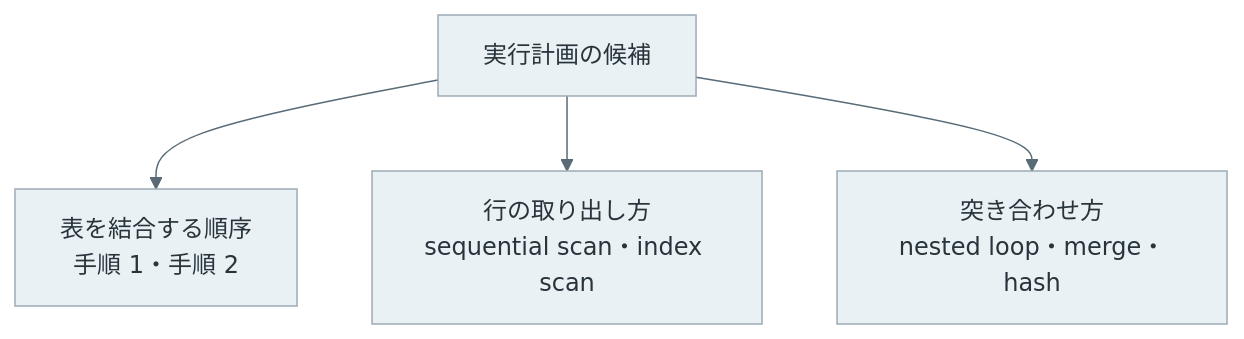
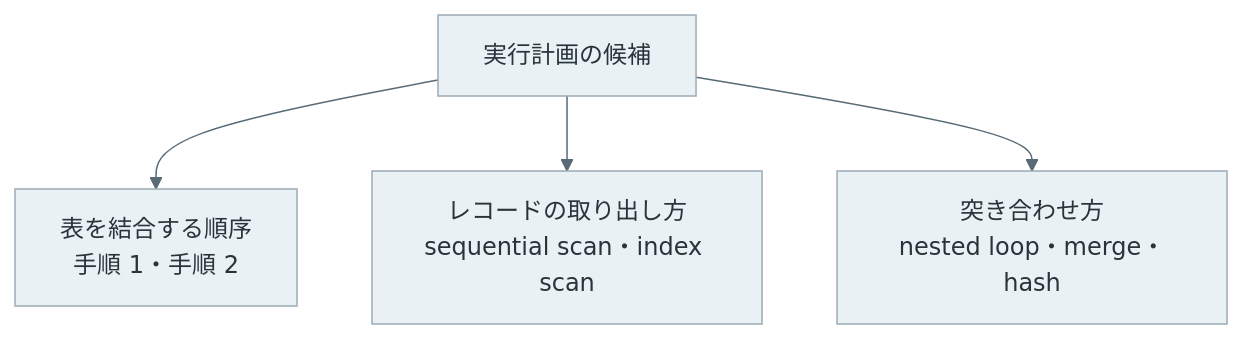
One commit to nao1215/debimate changed the third of 6 diagrams in content/notes/database-systems/query-processing/index.md. Above: the diagram before and after it, drawn with Mermaid. The commit also changed other lines of this file and 125 other files, not shown here.

````diff
--- a/content/notes/database-systems/query-processing/index.md
+++ b/content/notes/database-systems/query-processing/index.md
@@ -155,8 +163,8 @@
 ```mermaid
 %%{init: {"theme":"base","themeVariables":{"primaryColor":"#eaf1f5","primaryTextColor":"#28343b","primaryBorderColor":"#9cabb5","lineColor":"#596b76","textColor":"#28343b","actorBkg":"#eaf1f5","actorBorder":"#9cabb5","actorTextColor":"#28343b","actorLineColor":"#9cabb5","signalColor":"#596b76","signalTextColor":"#28343b","noteBkgColor":"#f7f1e5","noteBorderColor":"#c5b99b","noteTextColor":"#403c32","activationBkgColor":"#edf3ef","activationBorderColor":"#9aafa1"}}}%%
 flowchart TB
     C["実行計画の候補"] --> J["表を結合する順序<br/>手順 1・手順 2"]
-    C --> A["行の取り出し方<br/>sequential scan・index scan"]
+    C --> A["レコードの取り出し方<br/>sequential scan・index scan"]
     C --> M["突き合わせ方<br/>nested loop・merge・hash"]
     classDef default fill:#eaf1f5,stroke:#9cabb5,color:#28343b;
 ```
````
